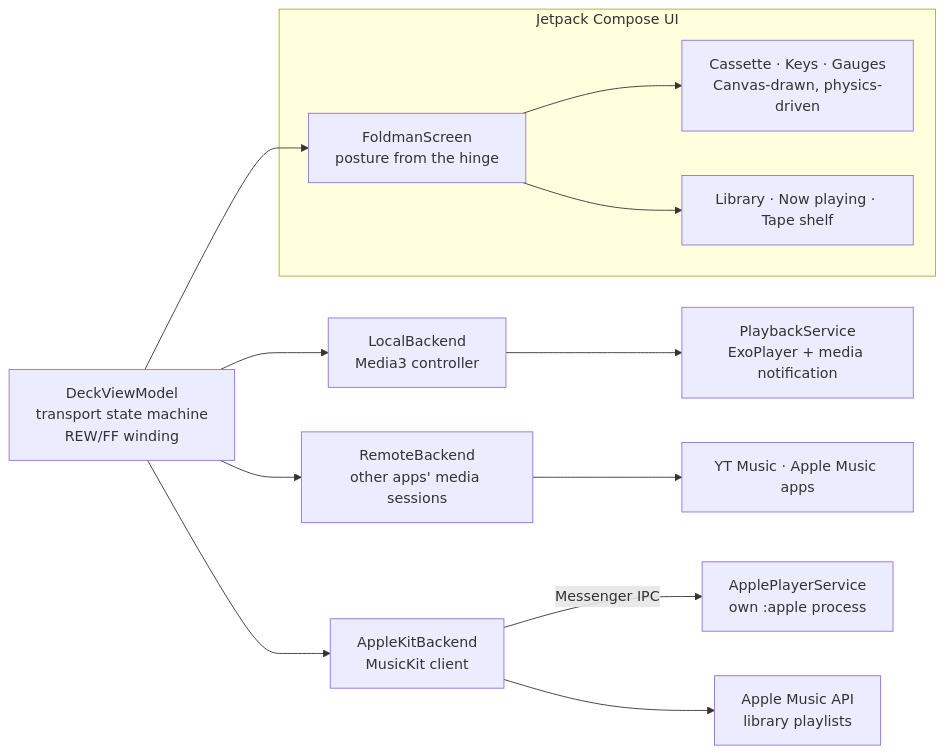
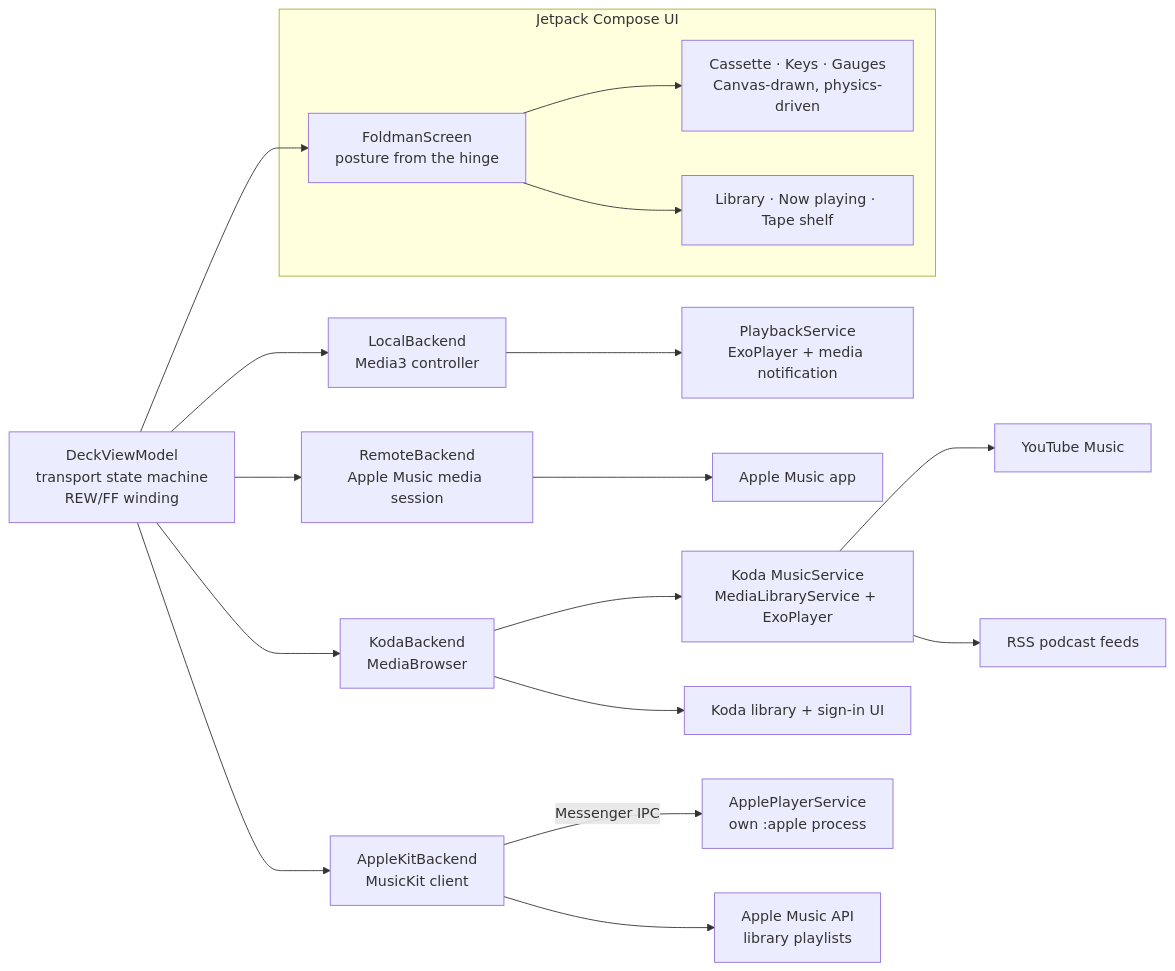
The diagram in README.md (Garrietta/Foldman), drawn with Mermaid before and after one commit. The commit also changed other lines of this file and 663 other files, not shown here.

````diff
--- a/README.md
+++ b/README.md
@@ -126,15 +127,20 @@
 ```mermaid
 flowchart LR
     subgraph UI["Jetpack Compose UI"]
         Screen["FoldmanScreen<br/>posture from the hinge"] --> Deck["Cassette · Keys · Gauges<br/>Canvas-drawn, physics-driven"]
         Screen --> Panels["Library · Now playing · Tape shelf"]
     end
     VM["DeckViewModel<br/>transport state machine<br/>REW/FF winding"] --> Screen
     VM --> Local["LocalBackend<br/>Media3 controller"]
-    VM --> Remote["RemoteBackend<br/>other apps' media sessions"]
+    VM --> Remote["RemoteBackend<br/>Apple Music media session"]
+    VM --> KodaBackend["KodaBackend<br/>MediaBrowser"]
     VM --> Kit["AppleKitBackend<br/>MusicKit client"]
     Local --> Service["PlaybackService<br/>ExoPlayer + media notification"]
     Kit -- "Messenger IPC" --> ApplePlayer["ApplePlayerService<br/>own :apple process"]
-    Remote --> Apps["YT Music · Apple Music apps"]
+    KodaBackend --> KodaService["Koda MusicService<br/>MediaLibraryService + ExoPlayer"]
+    KodaBackend --> KodaUi["Koda library + sign-in UI"]
+    KodaService --> YouTube["YouTube Music"]
+    KodaService --> Podcasts["RSS podcast feeds"]
+    Remote --> Apps["Apple Music app"]
     Kit --> API["Apple Music API<br/>library playlists"]
 ```
````
